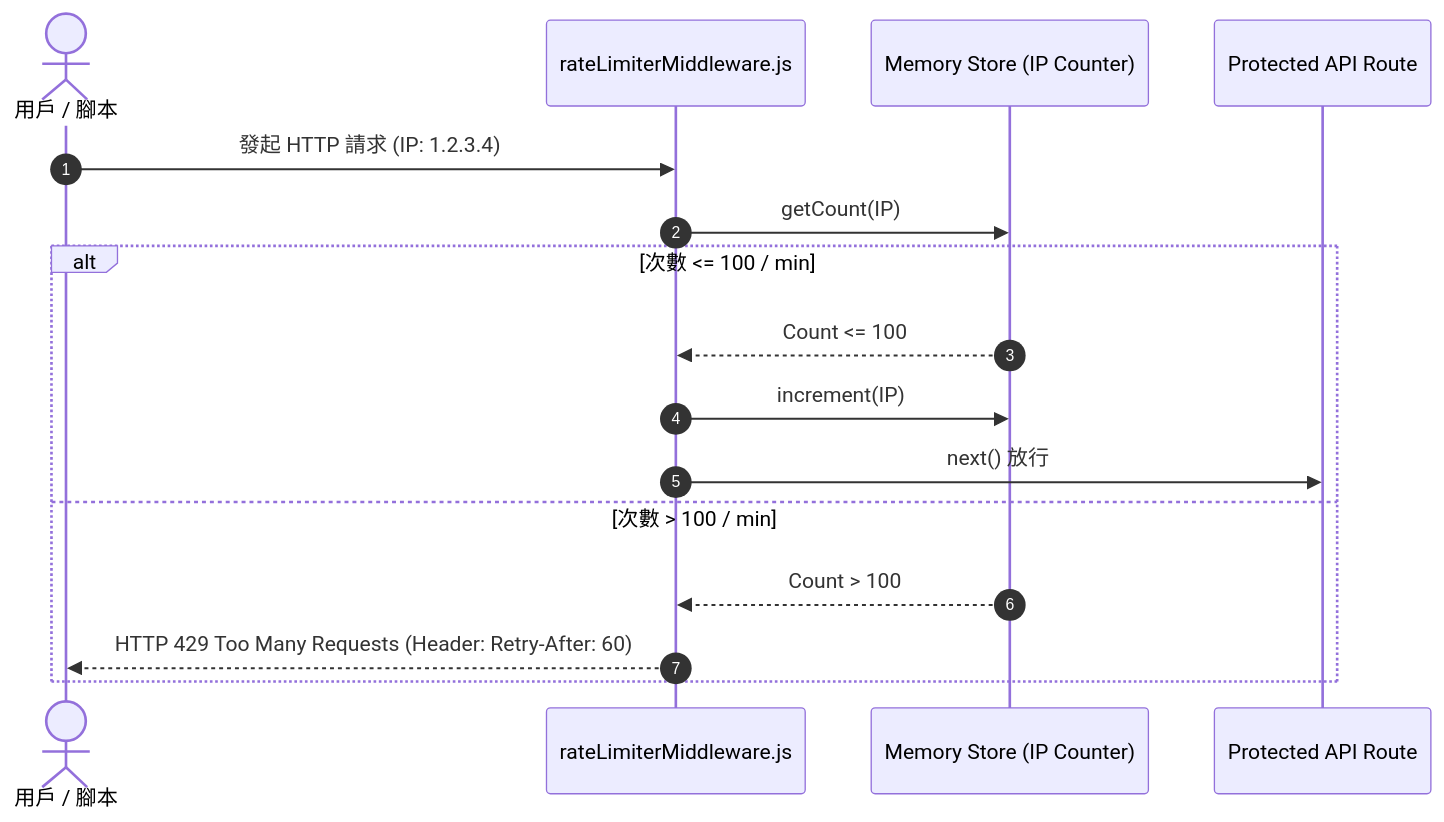
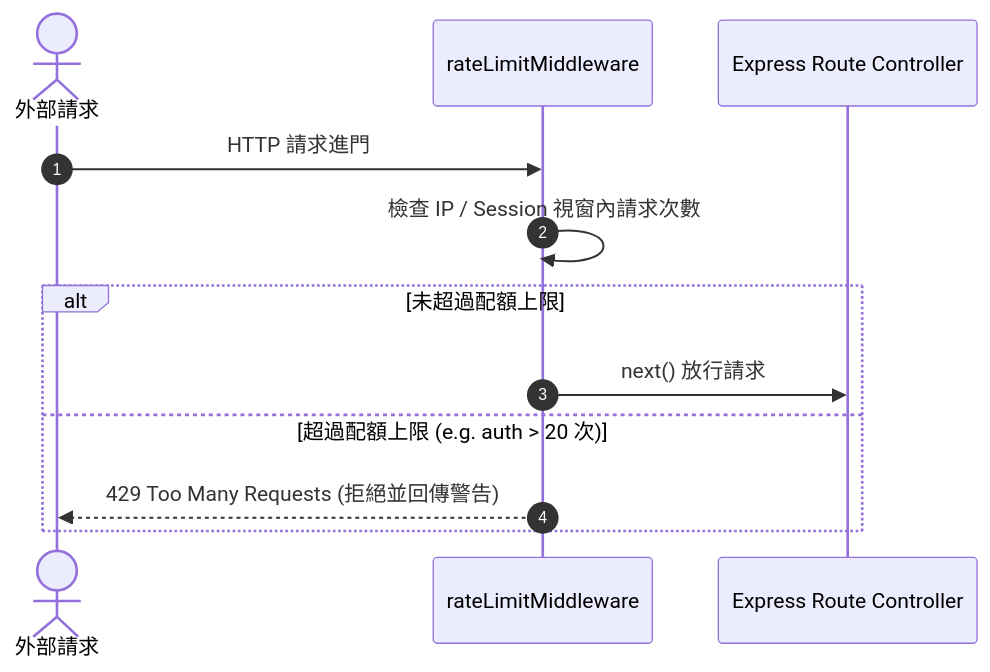
One commit to Alanho2025/Kiwi-AI-interview-Agent changed the diagram in docs/architecture-decision-records/features/F-51-rate-limiting-ip-redis-guard.md. Above: the diagram before and after it, drawn with Mermaid. The commit also changed other lines of this file and 74 other files, not shown here.

````diff
--- a/docs/architecture-decision-records/features/F-51-rate-limiting-ip-redis-guard.md
+++ b/docs/architecture-decision-records/features/F-51-rate-limiting-ip-redis-guard.md
@@ -47,19 +42,16 @@
 ```mermaid
 sequenceDiagram
     autonumber
-    actor Client as 用戶 / 腳本
-    participant Mw as rateLimiterMiddleware.js
-    participant Store as Memory Store (IP Counter)
-    participant Route as Protected API Route
+    actor Client as 外部請求
+    participant Limiter as rateLimitMiddleware
+    participant Controller as Express Route Controller
 
-    Client->>Mw: 發起 HTTP 請求 (IP: 1.2.3.4)
-    Mw->>Store: getCount(IP)
-    alt 次數 <= 100 / min
-        Store-->>Mw: Count <= 100
-        Mw->>Store: increment(IP)
-        Mw->>Route: next() 放行
-    else 次數 > 100 / min
-        Store-->>Mw: Count > 100
-        Mw-->>Client: HTTP 429 Too Many Requests (Header: Retry-After: 60)
+    Client->>Limiter: HTTP 請求進門
+    Limiter->>Limiter: 檢查 IP / Session 視窗內請求次數
+    
+    alt 未超過配額上限
+        Limiter->>Controller: next() 放行請求
+    else 超過配額上限 (e.g. auth > 20 次)
+        Limiter-->>Client: 429 Too Many Requests (拒絕並回傳警告)
     end
 ```
````
